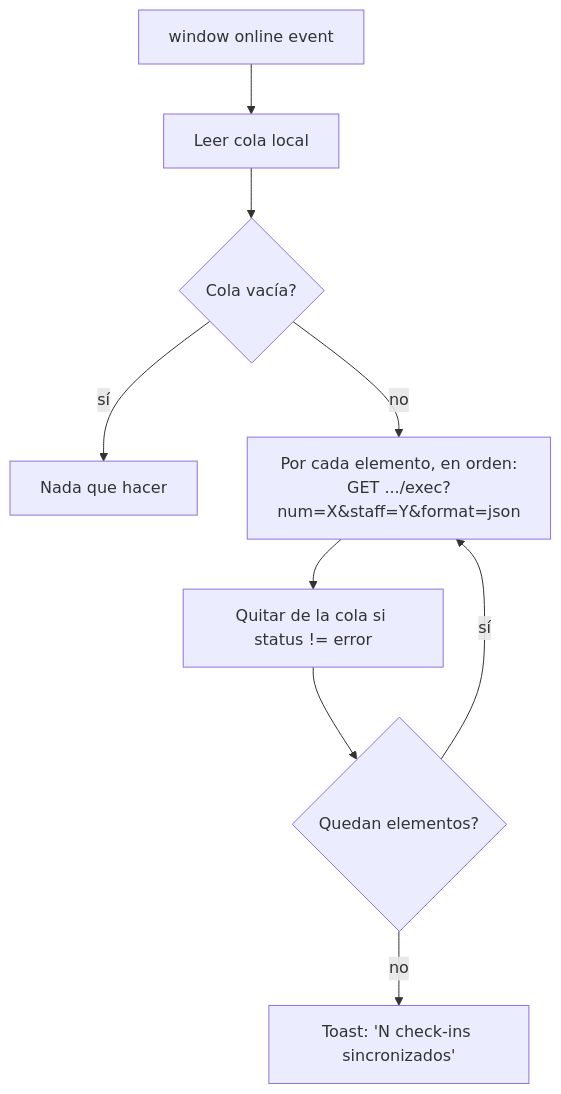
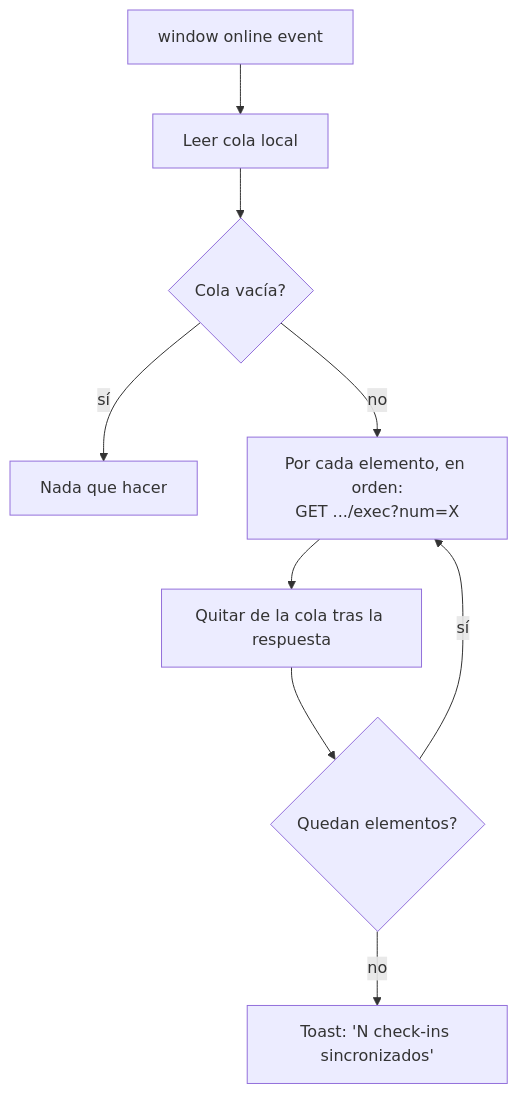
The third of 4 diagrams in docs/FLOWS.md (paulans17/AJ-app), drawn with Mermaid before and after one commit. The commit also changed other lines of this file and 5 other files, not shown here.

````diff
--- a/docs/FLOWS.md
+++ b/docs/FLOWS.md
@@ -63,11 +65,11 @@
 ```mermaid
 flowchart TD
     A[window online event] --> B[Leer cola local]
     B --> C{Cola vacía?}
     C -- sí --> Z[Nada que hacer]
-    C -- no --> D[Por cada elemento, en orden:<br/>GET .../exec?num=X&staff=Y&format=json]
-    D --> E[Quitar de la cola si status != error]
+    C -- no --> D[Por cada elemento, en orden:<br/>GET .../exec?num=X]
+    D --> E[Quitar de la cola tras la respuesta]
     E --> F{Quedan elementos?}
     F -- sí --> D
     F -- no --> G[Toast: 'N check-ins sincronizados']
 ```
````
